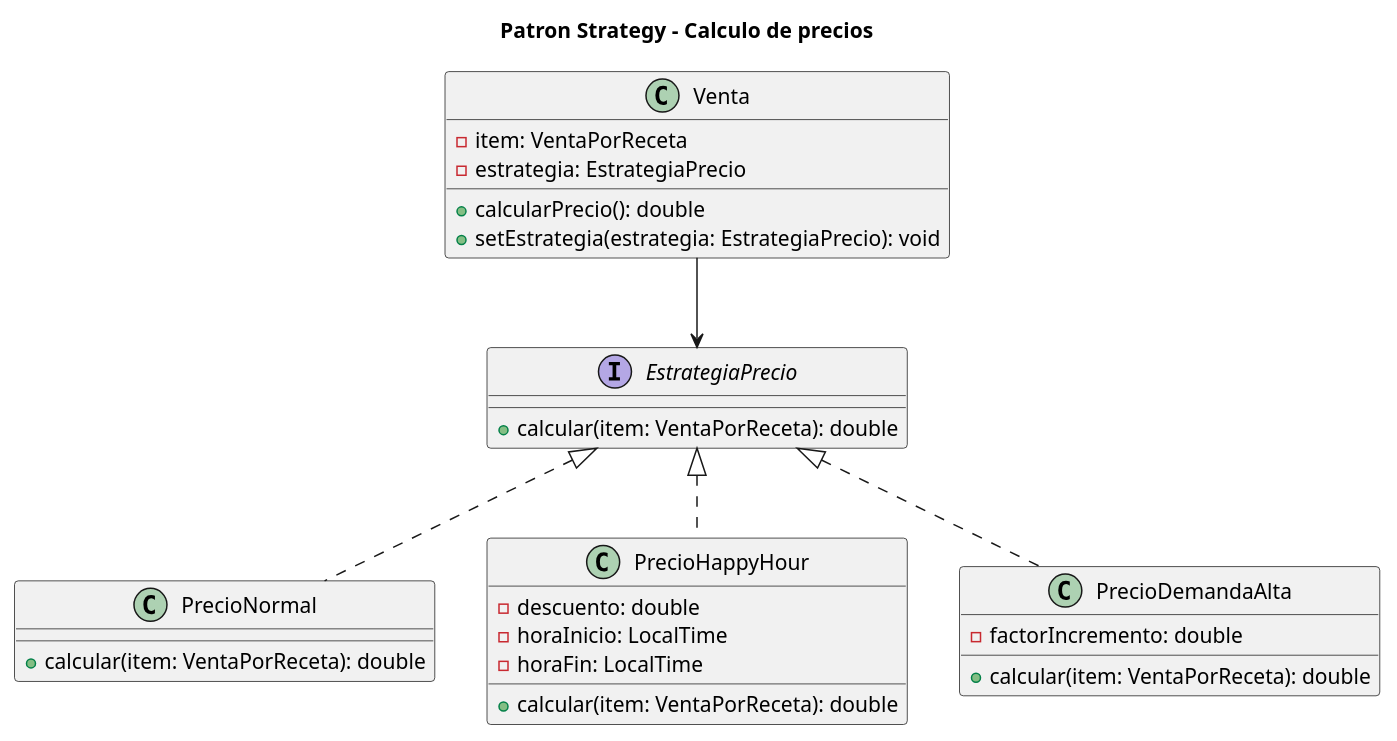
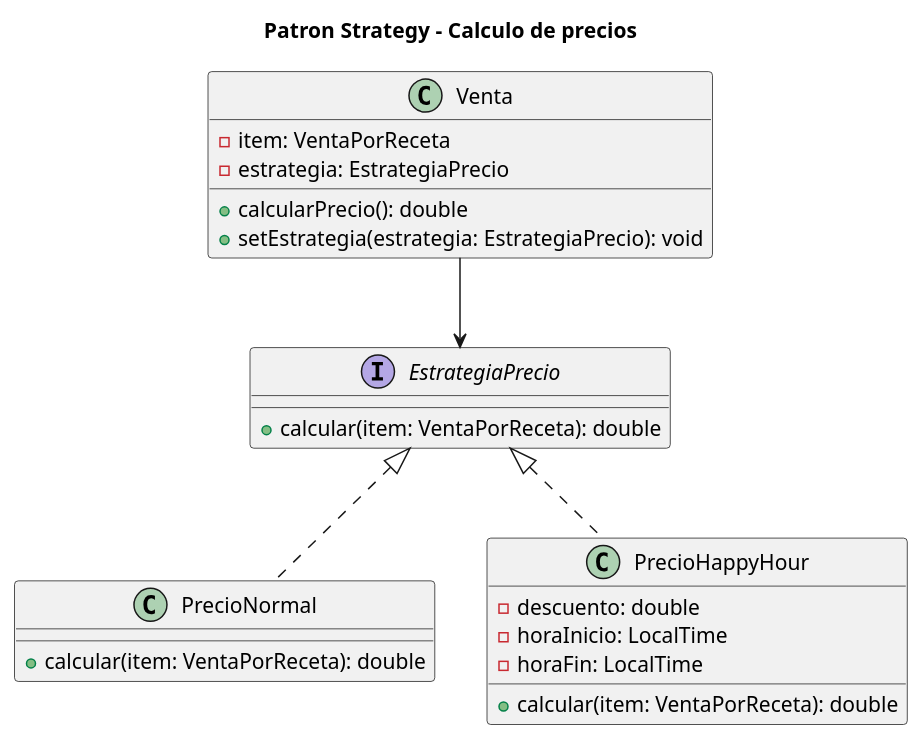
Before and after one commit to SantiMorgan/TPO_pdd_Grupo4: the third of 7 diagrams in docs/uml/BarStock_Diagrama_General.puml, drawn with PlantUML. The commit also changed 103 other files, not shown here.

```diff
--- a/docs/uml/BarStock_Diagrama_General.puml
+++ b/docs/uml/BarStock_Diagrama_General.puml
@@ -162,35 +162,29 @@
 @startuml PatronStrategy
 title Patron Strategy - Calculo de precios
 
 class Venta {
   -item: VentaPorReceta
   -estrategia: EstrategiaPrecio
   +calcularPrecio(): double
   +setEstrategia(estrategia: EstrategiaPrecio): void
 }
 
 interface EstrategiaPrecio {
   +calcular(item: VentaPorReceta): double
 }
 
 class PrecioNormal {
   +calcular(item: VentaPorReceta): double
 }
 
 class PrecioHappyHour {
   -descuento: double
   -horaInicio: LocalTime
   -horaFin: LocalTime
   +calcular(item: VentaPorReceta): double
 }
 
-class PrecioDemandaAlta {
-  -factorIncremento: double
-  +calcular(item: VentaPorReceta): double
-}
-
 Venta --> EstrategiaPrecio
 EstrategiaPrecio <|.. PrecioNormal
 EstrategiaPrecio <|.. PrecioHappyHour
-EstrategiaPrecio <|.. PrecioDemandaAlta
 @enduml
```
